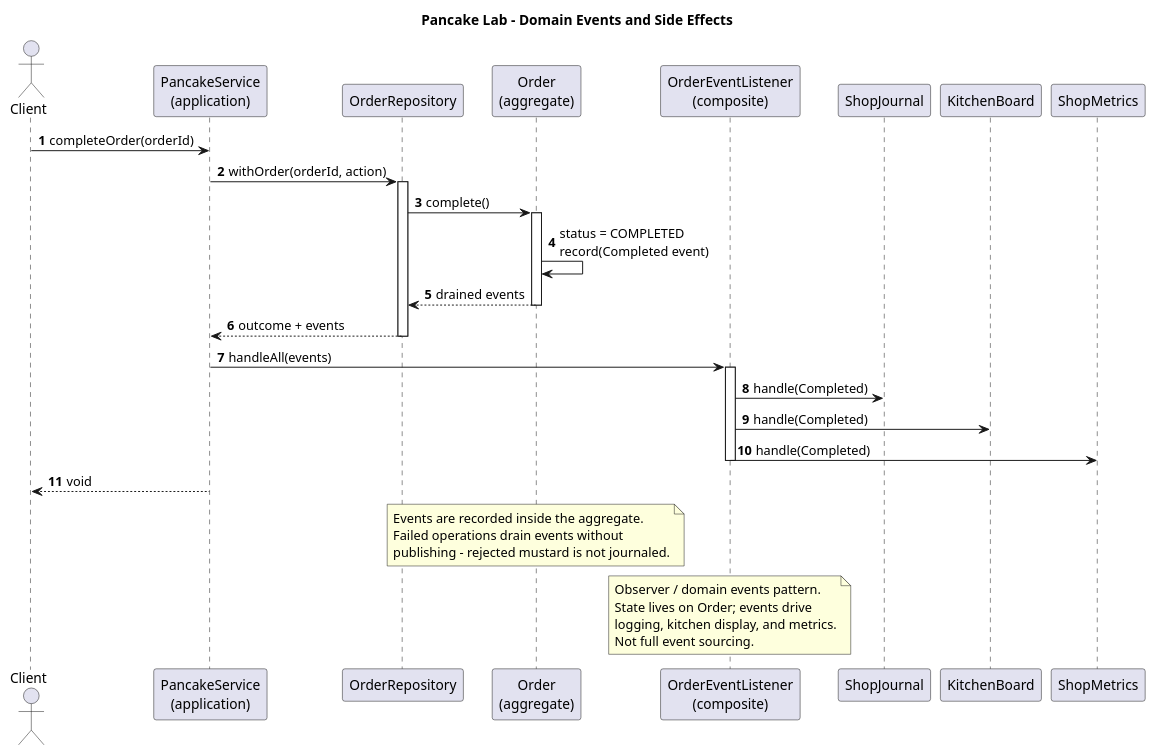
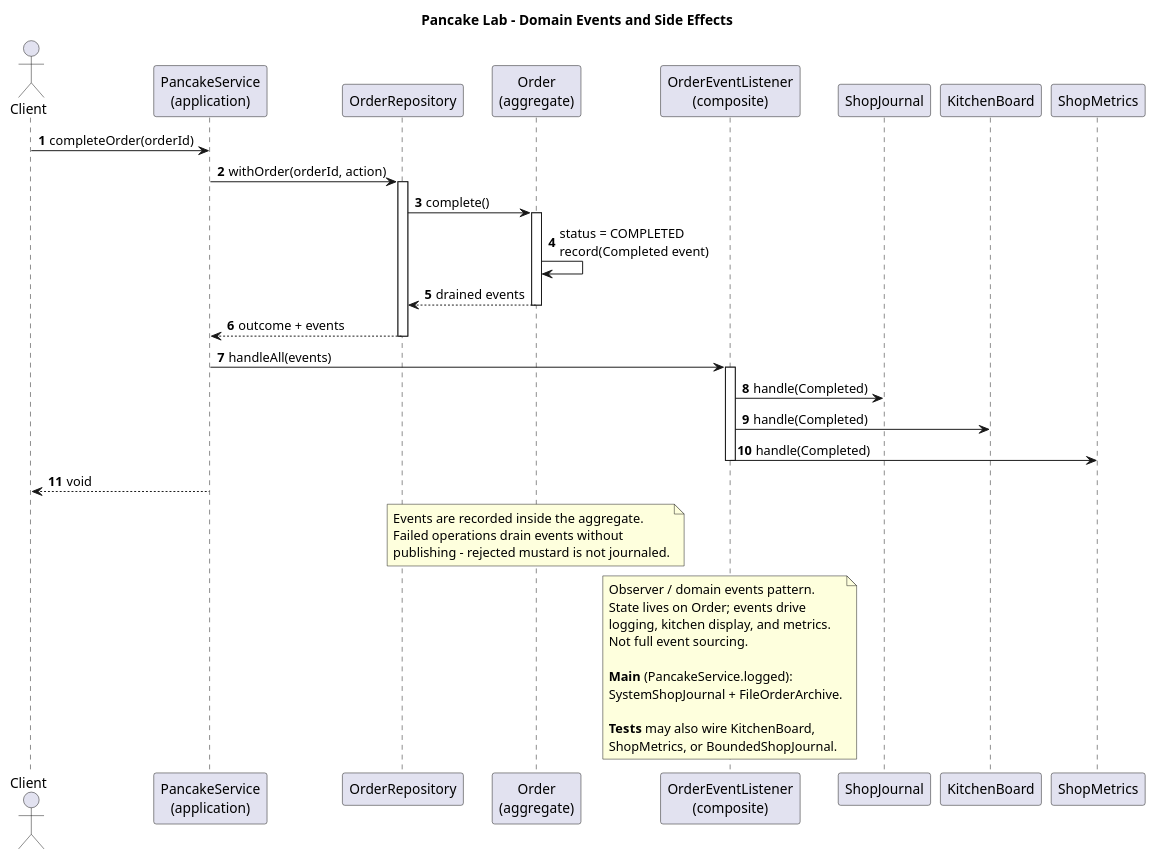
The diagram in docs/architecture-events.puml (devnisaev/PancakeLab), drawn with PlantUML before and after one commit. The commit also changed 14 other files, not shown here.

```diff
--- a/docs/architecture-events.puml
+++ b/docs/architecture-events.puml
@@ -1,49 +1,55 @@
 @startuml
 title Pancake Lab - Domain Events and Side Effects
 
 skinparam shadowing false
 autonumber
 
 actor Client
 participant "PancakeService\n(application)" as Service
 participant "OrderRepository" as Repo
 participant "Order\n(aggregate)" as Order
 participant "OrderEventListener\n(composite)" as Listeners
 participant "ShopJournal" as Journal
 participant "KitchenBoard" as Board
 participant "ShopMetrics" as Metrics
 
 Client -> Service : completeOrder(orderId)
 Service -> Repo : withOrder(orderId, action)
 activate Repo
 Repo -> Order : complete()
 activate Order
 Order -> Order : status = COMPLETED\nrecord(Completed event)
 Order --> Repo : drained events
 deactivate Order
 Repo --> Service : outcome + events
 deactivate Repo
 
 Service -> Listeners : handleAll(events)
 activate Listeners
 Listeners -> Journal : handle(Completed)
 Listeners -> Board : handle(Completed)
 Listeners -> Metrics : handle(Completed)
 deactivate Listeners
 
 Service --> Client : void
 
 note over Order
   Events are recorded inside the aggregate.
   Failed operations drain events without
   publishing - rejected mustard is not journaled.
 end note
 
 note over Listeners
   Observer / domain events pattern.
   State lives on Order; events drive
   logging, kitchen display, and metrics.
   Not full event sourcing.
+
+  <b>Main</b> (PancakeService.logged):
+  SystemShopJournal + FileOrderArchive.
+
+  <b>Tests</b> may also wire KitchenBoard,
+  ShopMetrics, or BoundedShopJournal.
 end note
 
 @enduml
```
